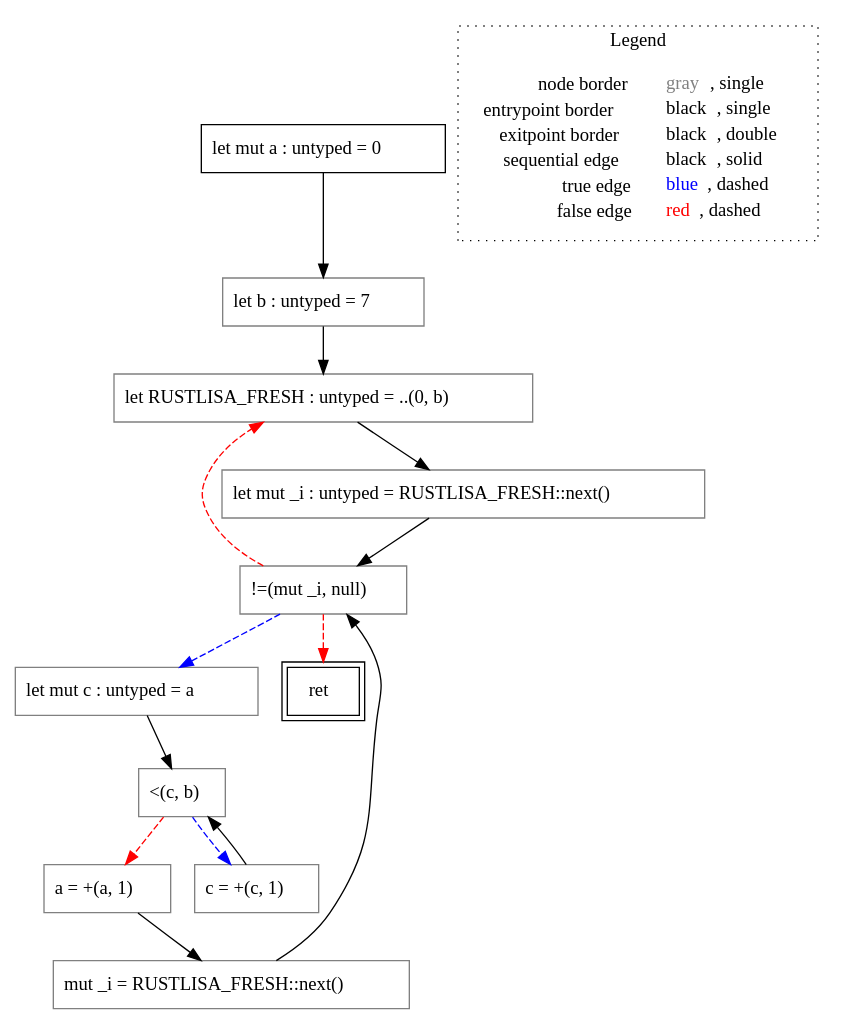
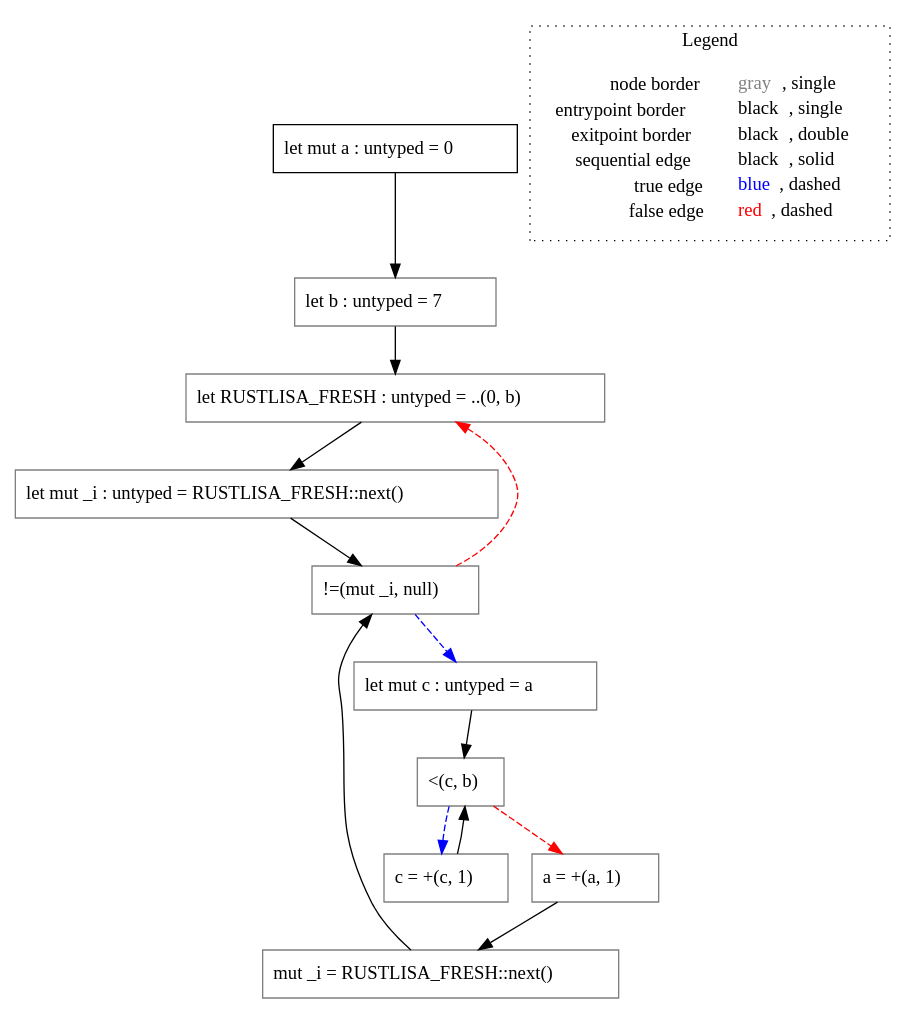
The diagram in rust-lisa/rust-testcases/cfg/nested-loops/()_rust-testcases_cfg_nested-loops_nested-loops.rs.main().dot (VincenzoArceri/rust-lisa), drawn with Graphviz before and after one commit. The commit also changed 12 other files, not shown here.

```diff
--- a/rust-lisa/rust-testcases/cfg/nested-loops/()_rust-testcases_cfg_nested-loops_nested-loops.rs.main().dot
+++ b/rust-lisa/rust-testcases/cfg/nested-loops/()_rust-testcases_cfg_nested-loops_nested-loops.rs.main().dot
@@ -1,33 +1,31 @@
 digraph {
 	"node0" [shape="rect",color="black",label=<let mut a : untyped = 0>];
-	"node1" [shape="rect",color="gray",label=<&lt;(c, b)>];
-	"node2" [shape="rect",color="gray",label=<!=(mut _i, null)>];
-	"node3" [shape="rect",color="gray",label=<let mut c : untyped = a>];
-	"node4" [shape="rect",color="black",peripheries="2",label=<ret>];
-	"node5" [shape="rect",color="gray",label=<a = +(a, 1)>];
-	"node6" [shape="rect",color="gray",label=<let RUSTLISA_FRESH : untyped = ..(0, b)>];
-	"node7" [shape="rect",color="gray",label=<let mut _i : untyped = RUSTLISA_FRESH::next()>];
-	"node8" [shape="rect",color="gray",label=<mut _i = RUSTLISA_FRESH::next()>];
-	"node9" [shape="rect",color="gray",label=<c = +(c, 1)>];
-	"node10" [shape="rect",color="gray",label=<let b : untyped = 7>];
-	"node1" -> "node5" [color="red",style="dashed"];
-	"node1" -> "node9" [color="blue",style="dashed"];
-	"node2" -> "node6" [color="red",style="dashed"];
-	"node2" -> "node3" [color="blue",style="dashed"];
-	"node2" -> "node4" [color="red",style="dashed"];
-	"node3" -> "node1" [color="black"];
-	"node0" -> "node10" [color="black"];
-	"node5" -> "node8" [color="black"];
-	"node6" -> "node7" [color="black"];
-	"node7" -> "node2" [color="black"];
+	"node1" [shape="rect",color="gray",label=<c = +(c, 1)>];
+	"node2" [shape="rect",color="gray",label=<let RUSTLISA_FRESH : untyped = ..(0, b)>];
+	"node3" [shape="rect",color="gray",label=<let mut _i : untyped = RUSTLISA_FRESH::next()>];
+	"node4" [shape="rect",color="gray",label=<mut _i = RUSTLISA_FRESH::next()>];
+	"node5" [shape="rect",color="gray",label=<let mut c : untyped = a>];
+	"node6" [shape="rect",color="gray",label=<a = +(a, 1)>];
+	"node7" [shape="rect",color="gray",label=<!=(mut _i, null)>];
+	"node8" [shape="rect",color="gray",label=<let b : untyped = 7>];
+	"node9" [shape="rect",color="gray",label=<&lt;(c, b)>];
+	"node1" -> "node9" [color="black"];
+	"node2" -> "node3" [color="black"];
+	"node3" -> "node7" [color="black"];
+	"node4" -> "node7" [color="black"];
+	"node5" -> "node9" [color="black"];
+	"node6" -> "node4" [color="black"];
+	"node0" -> "node8" [color="black"];
+	"node7" -> "node2" [color="red",style="dashed"];
+	"node7" -> "node5" [color="blue",style="dashed"];
 	"node8" -> "node2" [color="black"];
-	"node9" -> "node1" [color="black"];
-	"node10" -> "node6" [color="black"];
+	"node9" -> "node1" [color="blue",style="dashed"];
+	"node9" -> "node6" [color="red",style="dashed"];
 subgraph cluster_legend {
 	label="Legend";
 	style=dotted;
 	node [shape=plaintext];
 	"legend" [label=<<table border="0" cellpadding="2" cellspacing="0" cellborder="0"><tr><td align="right">node border&nbsp;</td><td align="left"><font color="gray">gray</font>, single</td></tr><tr><td align="right">entrypoint border&nbsp;</td><td align="left"><font color="black">black</font>, single</td></tr><tr><td align="right">exitpoint border&nbsp;</td><td align="left"><font color="black">black</font>, double</td></tr><tr><td align="right">sequential edge&nbsp;</td><td align="left"><font color="black">black</font>, solid</td></tr><tr><td align="right">true edge&nbsp;</td><td align="left"><font color="blue">blue</font>, dashed</td></tr><tr><td align="right">false edge&nbsp;</td><td align="left"><font color="red">red</font>, dashed</td></tr></table>>];
 }
 
 }
```
